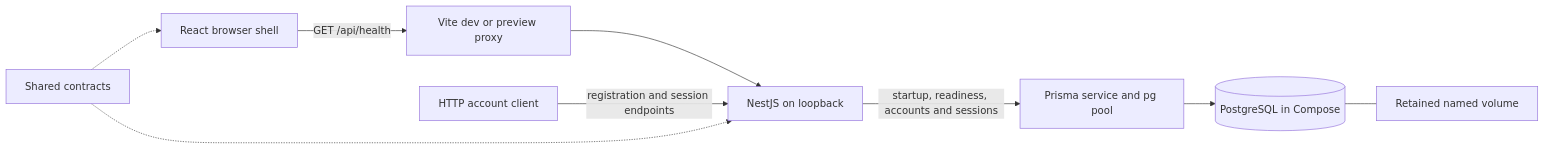
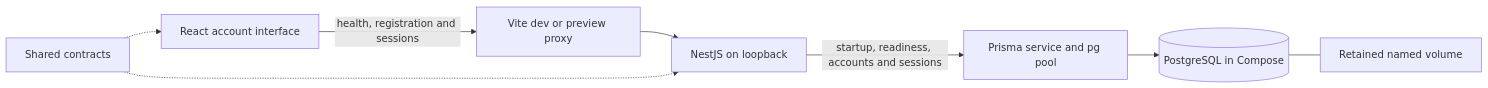
The diagram in docs/specs/0002-project-context.md (BecauseOfCourse-prog/webwargame), drawn with Mermaid before and after one commit. The commit also changed other lines of this file and 17 other files, not shown here.

Commit message:
Implement T07 account forms and fix session synchronization

````diff
--- a/docs/specs/0002-project-context.md
+++ b/docs/specs/0002-project-context.md
@@ -56,11 +56,10 @@
 ```mermaid
 flowchart LR
-  Browser[React browser shell] -->|GET /api/health| Proxy[Vite dev or preview proxy]
+  Browser[React account interface] -->|health, registration and sessions| Proxy[Vite dev or preview proxy]
   Proxy --> API[NestJS on loopback]
-  Accounts[HTTP account client] -->|registration and session endpoints| API
   API -->|startup, readiness, accounts and sessions| Prisma[Prisma service and pg pool]
   Prisma --> PG[(PostgreSQL in Compose)]
   PG --- Volume[Retained named volume]
   Contracts[Shared contracts] -.-> Browser
   Contracts -.-> API
 ```
````
